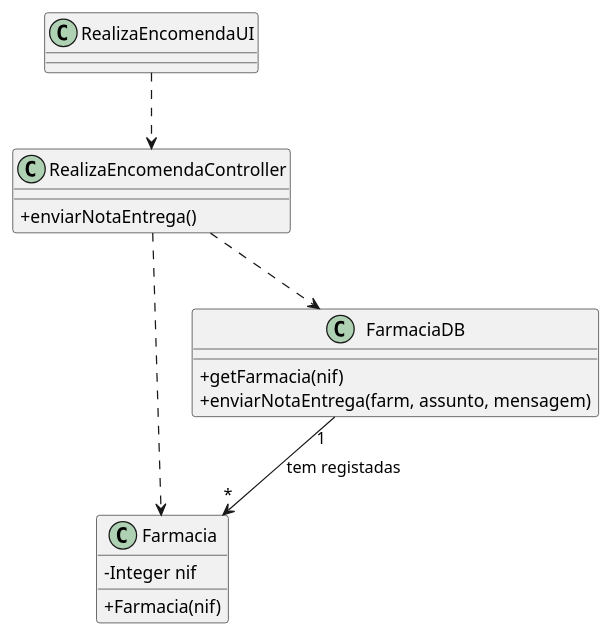
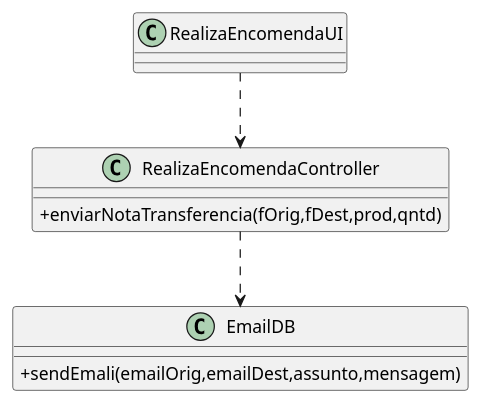
The diagram in docs/UC132/CD.puml (pedrolemos4/LAPR3), drawn with PlantUML before and after one commit. The commit also changed 1 other file, not shown here.

Commit message:
LAP3AP4-165 #close Envia nota entrega [Review]

```diff
--- a/docs/UC132/CD.puml
+++ b/docs/UC132/CD.puml
@@ -1,28 +1,18 @@
 @startuml
 skinparam classAttributeIconSize 0
 
-
-class Farmacia {
-  -Integer nif
-  +Farmacia(nif)
-}
-
-class FarmaciaDB {
-  +getFarmacia(nif)
-  +enviarNotaEntrega(farm, assunto, mensagem)
+class EmailDB {
+  +sendEmali(emailOrig,emailDest,assunto,mensagem)
 }
 
 class RealizaEncomendaController {
-    +enviarNotaEntrega()
+    +enviarNotaTransferencia(fOrig,fDest,prod,qntd)
 }
 
 class RealizaEncomendaUI {
 }
 
 RealizaEncomendaUI ..> RealizaEncomendaController
-RealizaEncomendaController ..> FarmaciaDB
-RealizaEncomendaController ..> Farmacia
-
-FarmaciaDB "1" --> "*" Farmacia : tem registadas
+RealizaEncomendaController ..> EmailDB
 
 @enduml
```
